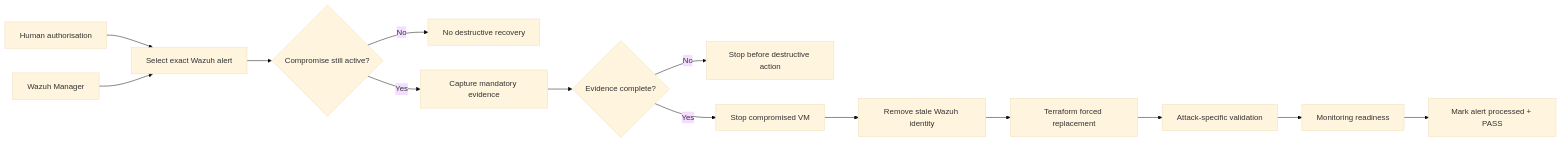
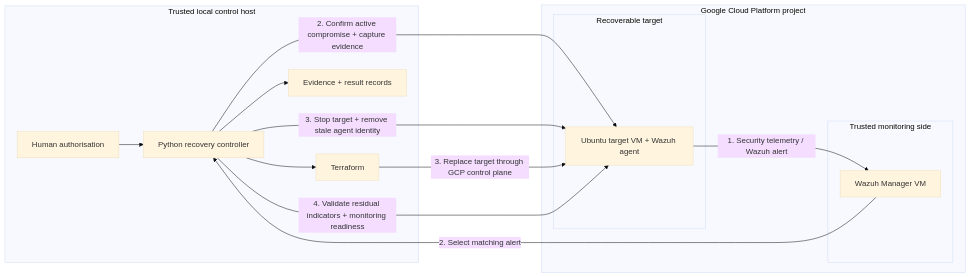
Before and after one commit to NAYMLESS008/iac-self-healing-thesis: the diagram in README.md, drawn with Mermaid (base theme). The commit also changed other lines of this file, not shown here.

Commit message:
Improve examiner-facing architecture and artefact navigation

````diff
--- a/README.md
+++ b/README.md
@@ -31,16 +41,28 @@
 ```mermaid
 flowchart LR
-    H[Human authorisation] --> A[Select exact Wazuh alert]
-    W[Wazuh Manager] --> A
-    A --> B{Compromise still active?}
-    B -- No --> X[No destructive recovery]
-    B -- Yes --> C[Capture mandatory evidence]
-    C --> D{Evidence complete?}
-    D -- No --> Y[Stop before destructive action]
-    D -- Yes --> E[Stop compromised VM]
-    E --> F[Remove stale Wazuh identity]
-    F --> G[Terraform forced replacement]
-    G --> I[Attack-specific validation]
-    I --> J[Monitoring readiness]
-    J --> K[Mark alert processed + PASS]
+    subgraph LOCAL[Trusted local control host]
+      H[Human authorisation]
+      C[Python recovery controller]
+      T[Terraform]
+      R[Evidence + result records]
+    end
+
+    subgraph GCP[Google Cloud Platform project]
+      subgraph MON[Trusted monitoring side]
+        W[Wazuh Manager VM]
+      end
+      subgraph TARGET[Recoverable target]
+        V[Ubuntu target VM + Wazuh agent]
+      end
+    end
+
+    V -->|1. Security telemetry / Wazuh alert| W
+    H --> C
+    W -->|2. Select matching alert| C
+    C -->|2. Confirm active compromise + capture evidence| V
+    C -->|3. Stop target + remove stale agent identity| V
+    C --> T
+    T -->|3. Replace target through GCP control plane| V
+    C -->|4. Validate residual indicators + monitoring readiness| V
+    C --> R
 ```
````
